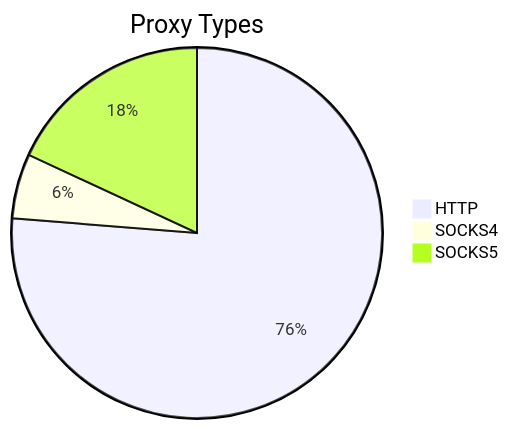
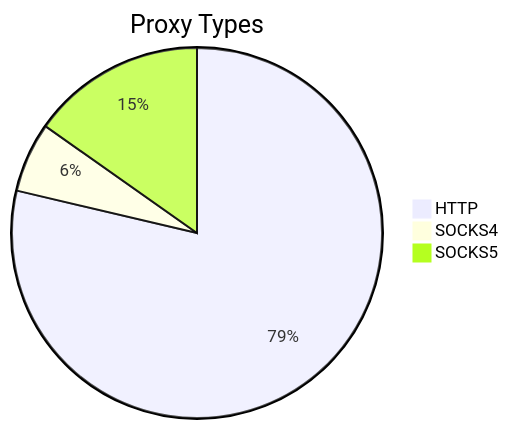
Before and after one commit to stormsia/proxy-list: the first of 2 diagrams in README.md, drawn with Mermaid. The commit also changed other lines of this file, not shown here.

````diff
--- a/README.md
+++ b/README.md
@@ -21,6 +21,6 @@
 ```mermaid
 pie title Proxy Types
-    "HTTP" : 270
-    "SOCKS4" : 20
-    "SOCKS5" : 64
+    "HTTP" : 310
+    "SOCKS4" : 24
+    "SOCKS5" : 60
 ```
````
